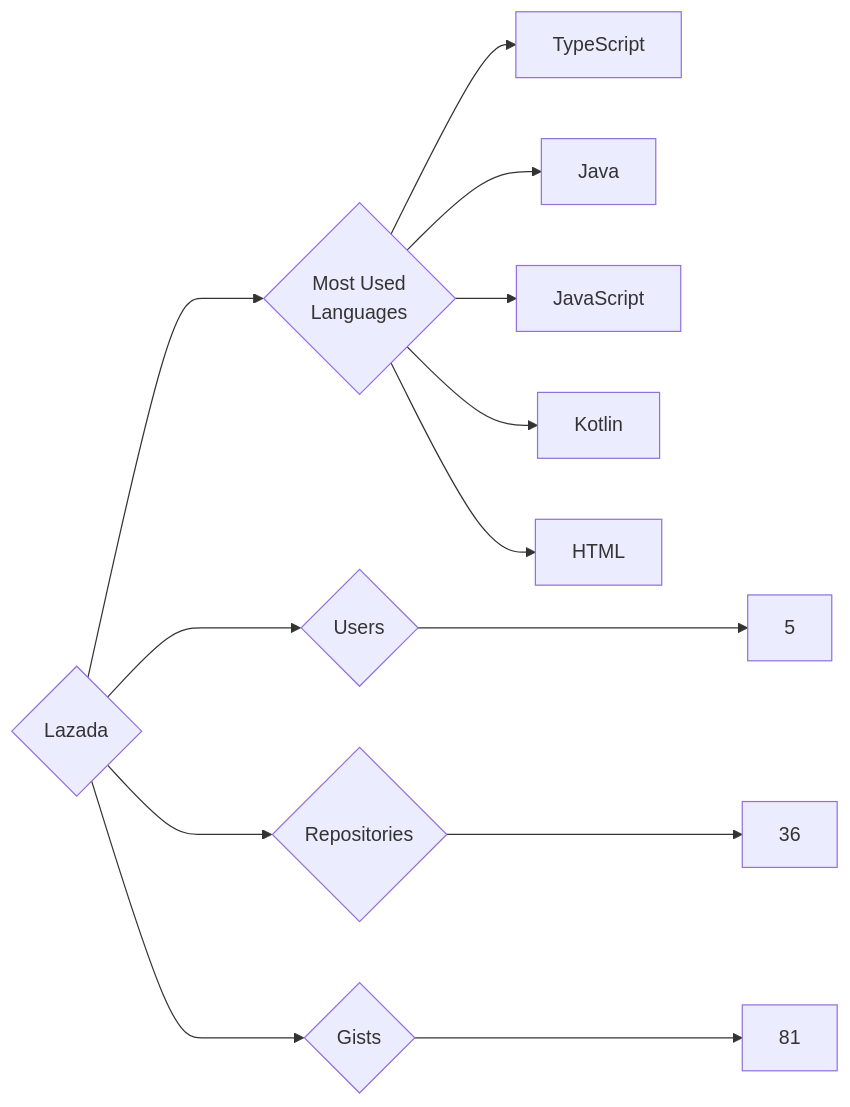
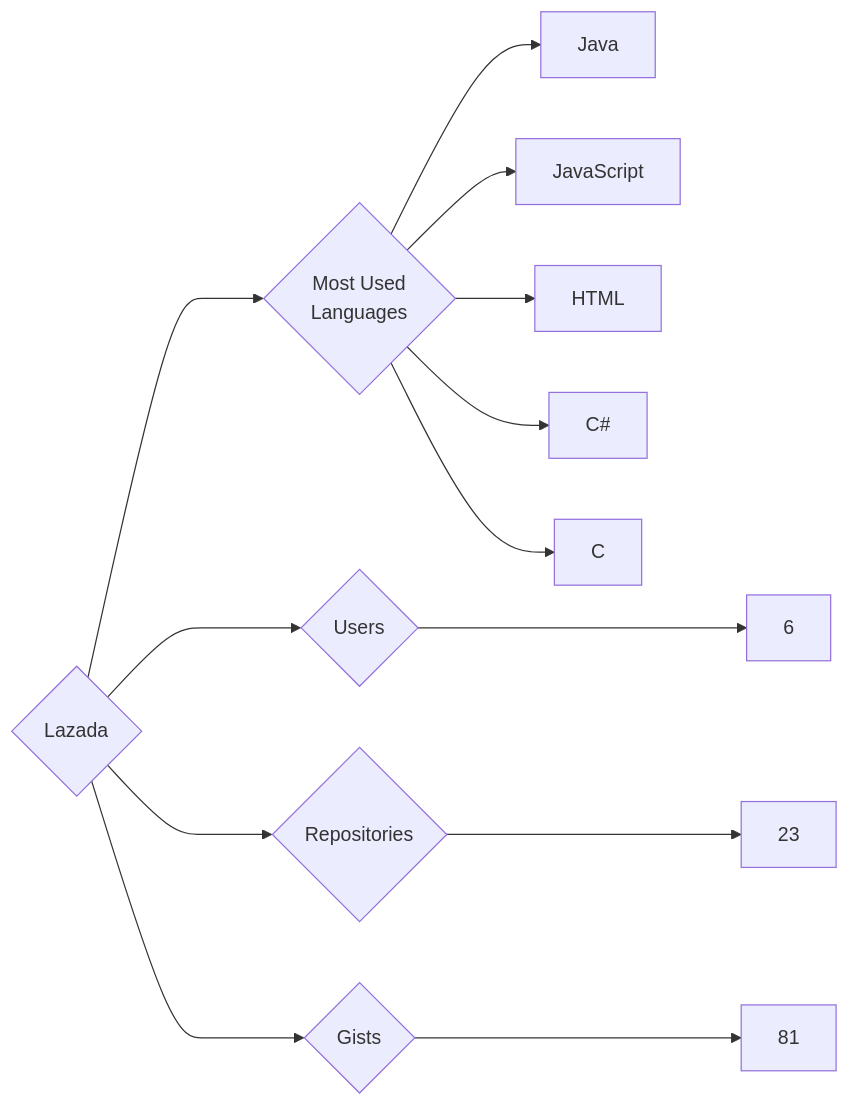
The diagram in targets/Lazada/README.md (trickest/insiders), drawn with Mermaid before and after one commit. The commit also changed 1496 other files, not shown here.

````diff
--- a/targets/Lazada/README.md
+++ b/targets/Lazada/README.md
@@ -3,13 +3,13 @@
 ```mermaid
 graph LR
 COMPANY_NAME{Lazada}
-COMPANY_NAME ---> U{Users} ---> UN[5]
-COMPANY_NAME ---> R{Repositories} ---> RN[36]
+COMPANY_NAME ---> U{Users} ---> UN[6]
+COMPANY_NAME ---> R{Repositories} ---> RN[23]
 COMPANY_NAME ---> G{Gists} ---> GN[81]
 COMPANY_NAME ---> ML{Most Used<br>Languages}
-ML --> TypeScript[TypeScript]
 ML --> Java[Java]
 ML --> JavaScript[JavaScript]
-ML --> Kotlin[Kotlin]
 ML --> HTML[HTML]
+ML --> C#[C#]
+ML --> C[C]
 ```
````
